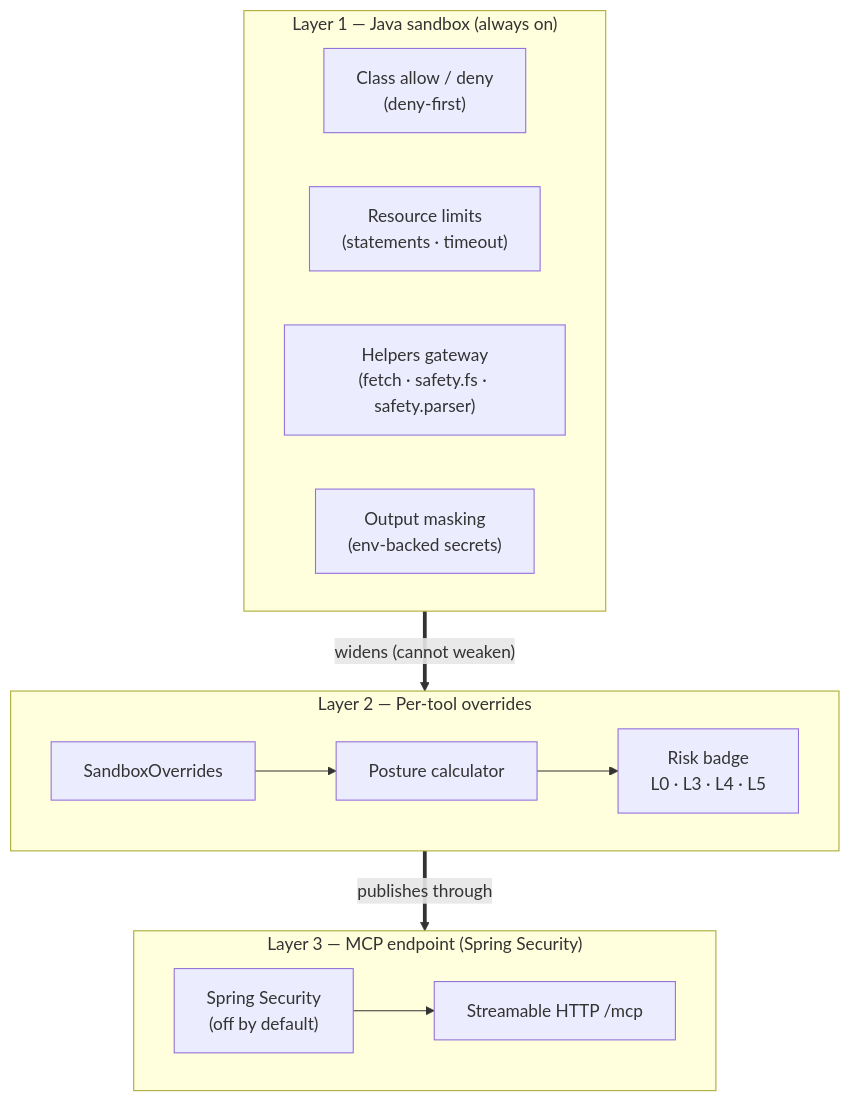
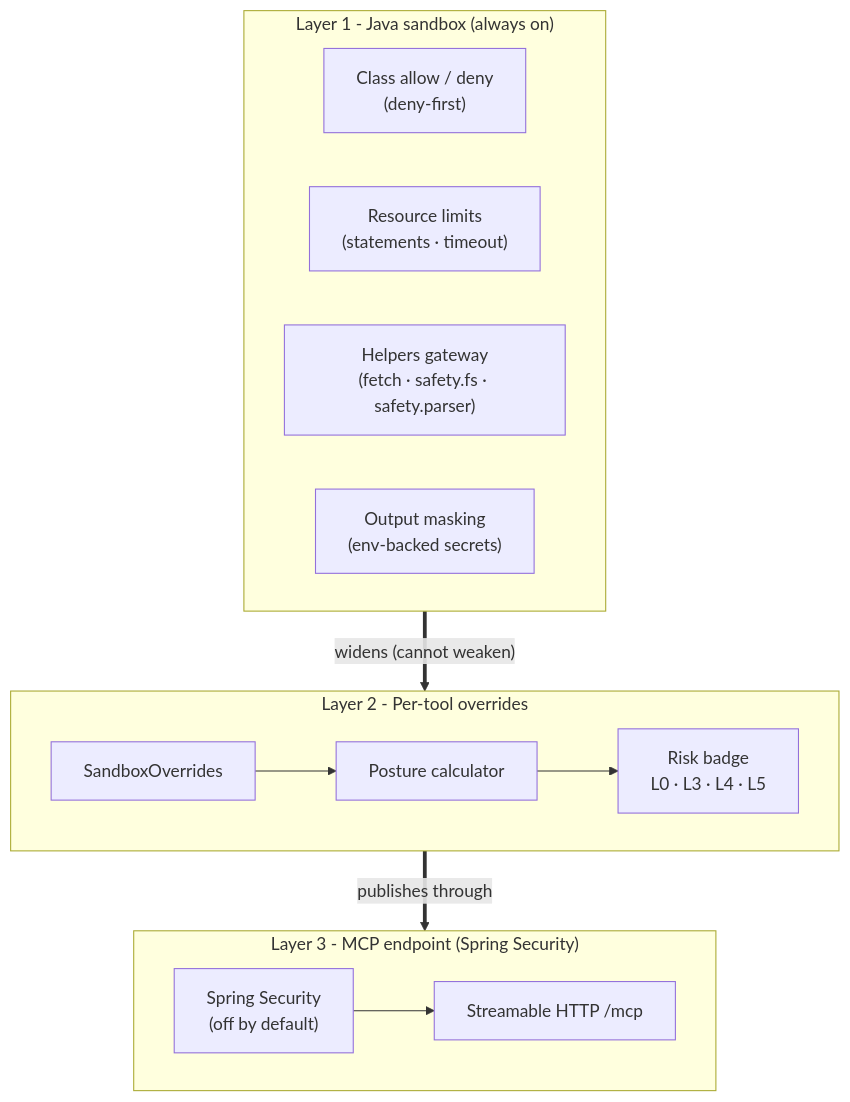
One commit to spring-ai-community/spring-ai-playground changed the second of 7 diagrams in docs/safety-architecture.md. Above: the diagram before and after it, drawn with Mermaid. The commit also changed other lines of this file and 67 other files, not shown here.

````diff
--- a/docs/safety-architecture.md
+++ b/docs/safety-architecture.md
@@ -59,17 +59,17 @@
 ```mermaid
 flowchart TB
-    subgraph L1["Layer 1 — Java sandbox (always on)"]
+    subgraph L1["Layer 1 - Java sandbox (always on)"]
         A1["Class allow / deny<br/>(deny-first)"]
         A2["Resource limits<br/>(statements · timeout)"]
         A3["Helpers gateway<br/>(fetch · safety.fs · safety.parser)"]
         A4["Output masking<br/>(env-backed secrets)"]
     end
-    subgraph L2["Layer 2 — Per-tool overrides"]
+    subgraph L2["Layer 2 - Per-tool overrides"]
         B1["SandboxOverrides"] --> B2["Posture calculator"] --> B3["Risk badge<br/>L0 · L3 · L4 · L5"]
     end
-    subgraph L3["Layer 3 — MCP endpoint (Spring Security)"]
+    subgraph L3["Layer 3 - MCP endpoint (Spring Security)"]
         C1["Spring Security<br/>(off by default)"] --> C2["Streamable HTTP /mcp"]
     end
     L1 == widens (cannot weaken) ==> L2
     L2 == publishes through ==> L3
 ```
````
